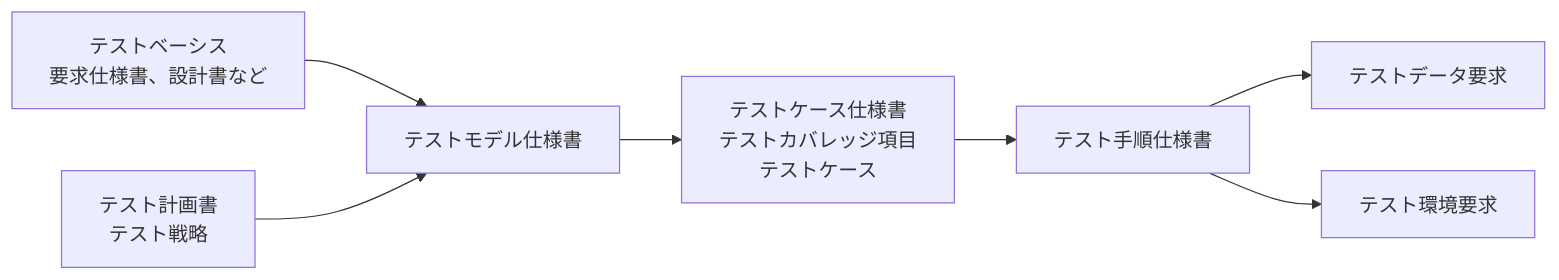
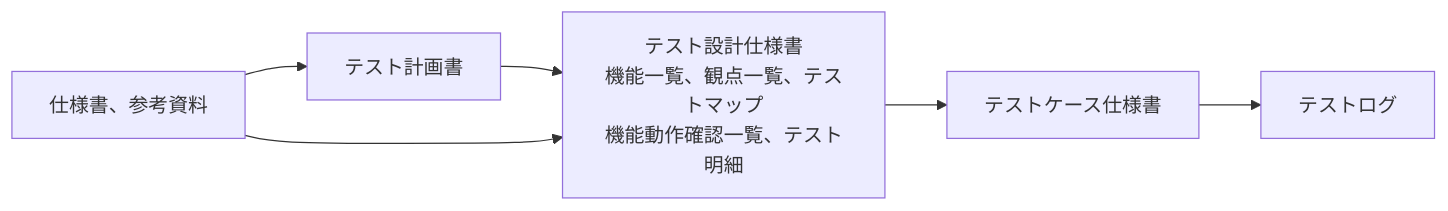
One commit to yuusakuri/dev-rules changed the diagram in guidelines/documentation/test-documentation-guidelines.md. Above: the diagram before and after it, drawn with Mermaid. The commit also changed other lines of this file and 11 other files, not shown here.

````diff
--- a/guidelines/documentation/test-documentation-guidelines.md
+++ b/guidelines/documentation/test-documentation-guidelines.md
@@ -92,16 +75,13 @@
 ```mermaid
 flowchart LR
-    TB[テストベーシス<br>要求仕様書、設計書など]
-    TPL[テスト計画書<br>テスト戦略]
-    TM[テストモデル仕様書]
-    TC[テストケース仕様書<br>テストカバレッジ項目<br>テストケース]
-    TP[テスト手順仕様書]
-    TD[テストデータ要求]
-    TE[テスト環境要求]
-    TB --> TM
-    TPL --> TM
-    TM --> TC
-    TC --> TP
-    TP --> TD
-    TP --> TE
+    SRC[仕様書、参考資料]
+    PLAN[テスト計画書]
+    DESIGN[テスト設計仕様書<br>機能一覧、観点一覧、テストマップ<br>機能動作確認一覧、テスト明細]
+    CASE[テストケース仕様書]
+    LOG[テストログ]
+    SRC --> PLAN
+    PLAN --> DESIGN
+    SRC --> DESIGN
+    DESIGN --> CASE
+    CASE --> LOG
 ```
````
